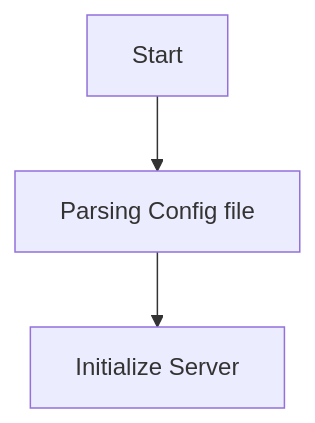
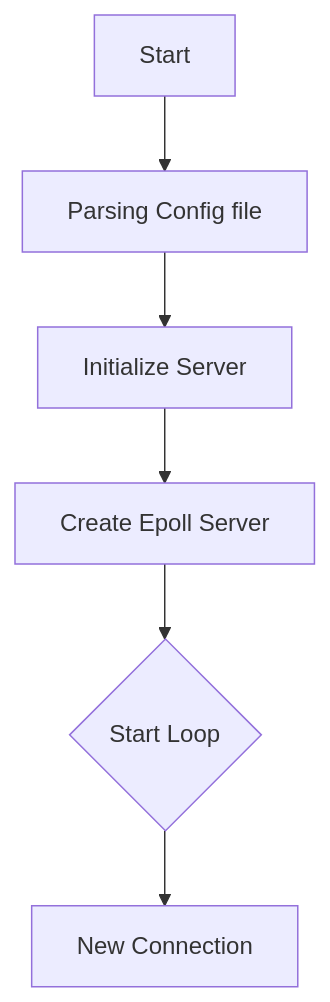
Before and after one commit to bankung7/42_webserv: the diagram in README.md, drawn with Mermaid.

````diff
--- a/README.md
+++ b/README.md
@@ -39,5 +39,8 @@
 ```mermaid
 flowchart TD
     A[Start] --> B[Parsing Config file];
     B --> C[Initialize Server];
+    C --> D[Create Epoll Server];
+    D --> DD{Start Loop};
+    DD --> D1[New Connection];
 ```
````
